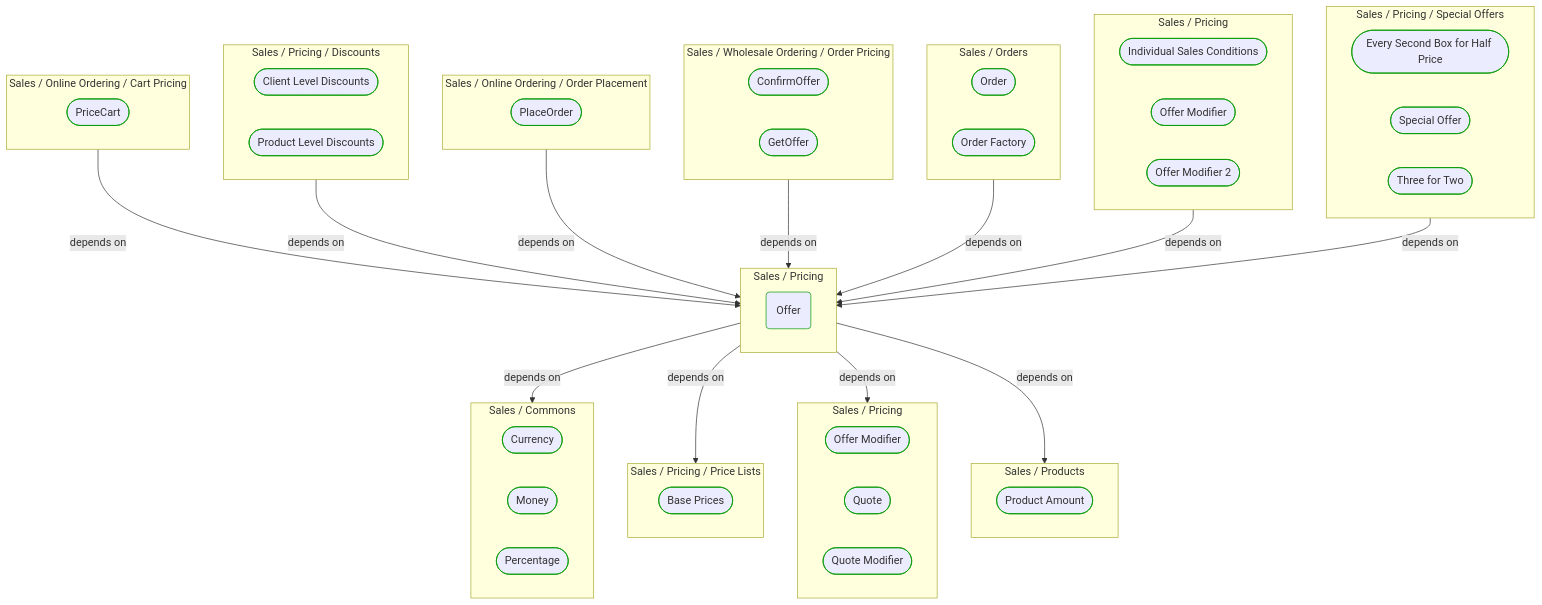
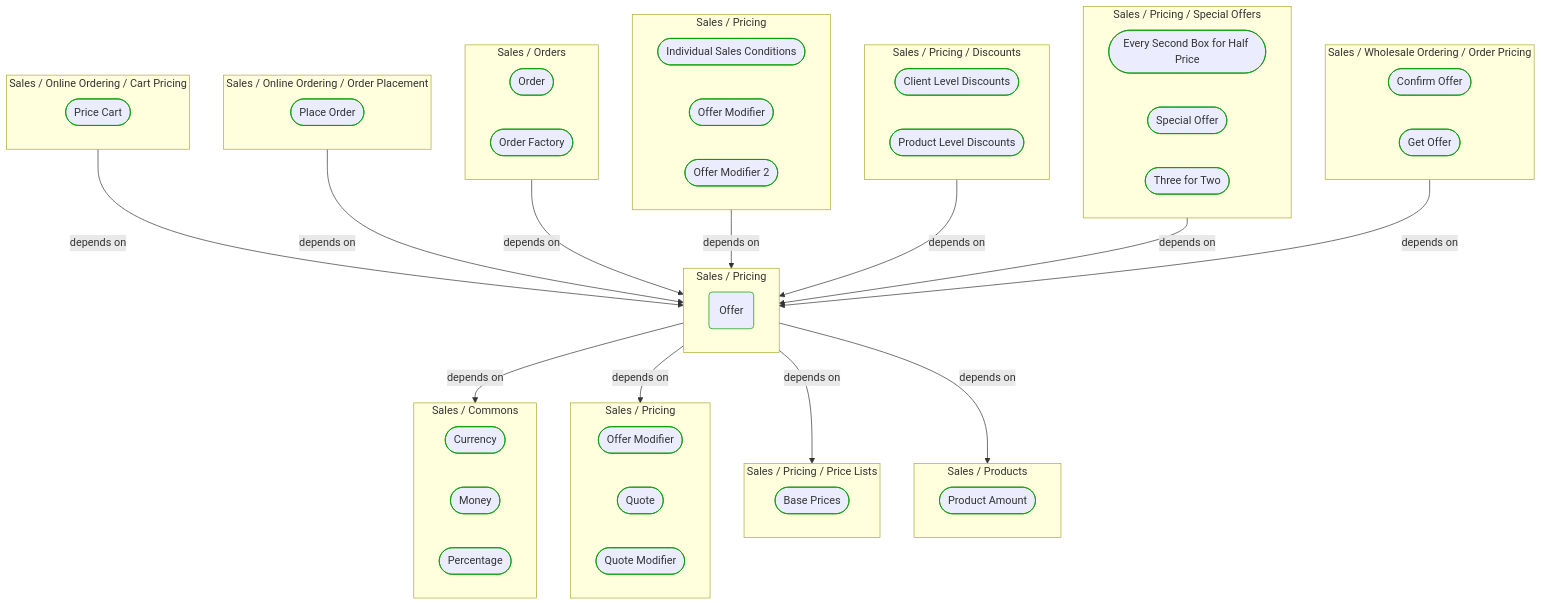
Before and after one commit to itlibrium/DDD-starter-dotnet: the first of 2 diagrams in Docs/P3/MermaidOutput/Domain/Concepts/Sales/Pricing/Offer.md, drawn with Mermaid. The commit also changed other lines of this file and 51 other files, not shown here.

````diff
--- a/Docs/P3/MermaidOutput/Domain/Concepts/Sales/Pricing/Offer.md
+++ b/Docs/P3/MermaidOutput/Domain/Concepts/Sales/Pricing/Offer.md
@@ -20,45 +20,45 @@
 ```mermaid
   flowchart TB
     subgraph 0["Sales / Online Ordering / Cart Pricing"]
-      1([PriceCart])
+      1([Price Cart])
       class 1 DomainPerspective
     end
-    subgraph 2["Sales / Pricing / Discounts"]
-      3([Client Level Discounts])
+    subgraph 2["Sales / Online Ordering / Order Placement"]
+      3([Place Order])
       class 3 DomainPerspective
-      4([Product Level Discounts])
-      class 4 DomainPerspective
     end
-    subgraph 5["Sales / Online Ordering / Order Placement"]
-      6([PlaceOrder])
+    subgraph 4["Sales / Orders"]
+      5([Order])
+      class 5 DomainPerspective
+      6([Order Factory])
       class 6 DomainPerspective
     end
-    subgraph 7["Sales / Wholesale Ordering / Order Pricing"]
-      8([ConfirmOffer])
+    subgraph 7["Sales / Pricing"]
+      8([Individual Sales Conditions])
       class 8 DomainPerspective
-      9([GetOffer])
+      9([Offer Modifier])
       class 9 DomainPerspective
+      10([Offer Modifier 2])
+      class 10 DomainPerspective
     end
-    subgraph 10["Sales / Orders"]
-      11([Order])
-      class 11 DomainPerspective
-      12([Order Factory])
+    subgraph 11["Sales / Pricing / Discounts"]
+      12([Client Level Discounts])
       class 12 DomainPerspective
+      13([Product Level Discounts])
+      class 13 DomainPerspective
     end
-    subgraph 13["Sales / Pricing"]
-      14([Individual Sales Conditions])
-      class 14 DomainPerspective
-      15([Offer Modifier])
+    subgraph 14["Sales / Pricing / Special Offers"]
+      15([Every Second Box for Half Price])
       class 15 DomainPerspective
-      16([Offer Modifier 2])
+      16([Special Offer])
       class 16 DomainPerspective
+      17([Three for Two])
+      class 17 DomainPerspective
     end
-    subgraph 17["Sales / Pricing / Special Offers"]
-      18([Every Second Box for Half Price])
-      class 18 DomainPerspective
-      19([Special Offer])
+    subgraph 18["Sales / Wholesale Ordering / Order Pricing"]
+      19([Confirm Offer])
       class 19 DomainPerspective
-      20([Three for Two])
+      20([Get Offer])
       class 20 DomainPerspective
     end
     subgraph 21["Sales / Pricing"]
@@ -73,16 +73,16 @@
       26([Percentage])
       class 26 DomainPerspective
     end
-    subgraph 27["Sales / Pricing / Price Lists"]
-      28([Base Prices])
+    subgraph 27["Sales / Pricing"]
+      28([Offer Modifier])
       class 28 DomainPerspective
+      29([Quote])
+      class 29 DomainPerspective
+      30([Quote Modifier])
+      class 30 DomainPerspective
     end
-    subgraph 29["Sales / Pricing"]
-      30([Offer Modifier])
-      class 30 DomainPerspective
-      31([Quote])
-      class 31 DomainPerspective
-      32([Quote Modifier])
+    subgraph 31["Sales / Pricing / Price Lists"]
+      32([Base Prices])
       class 32 DomainPerspective
     end
     subgraph 33["Sales / Products"]
@@ -91,14 +91,14 @@
     end
     0-->|depends on|21
     2-->|depends on|21
-    5-->|depends on|21
+    4-->|depends on|21
     7-->|depends on|21
-    10-->|depends on|21
-    13-->|depends on|21
-    17-->|depends on|21
+    11-->|depends on|21
+    14-->|depends on|21
+    18-->|depends on|21
     21-->|depends on|23
     21-->|depends on|27
-    21-->|depends on|29
+    21-->|depends on|31
     21-->|depends on|33
     classDef DomainPerspective stroke:#009900
     classDef TechnologyPerspective stroke:#1F41EB
````
